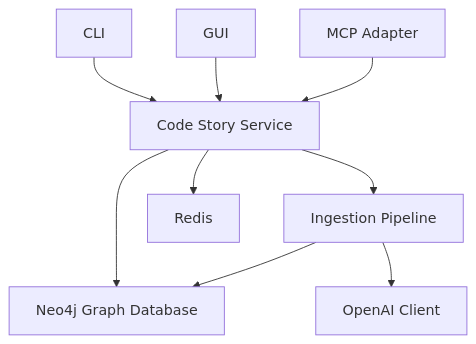
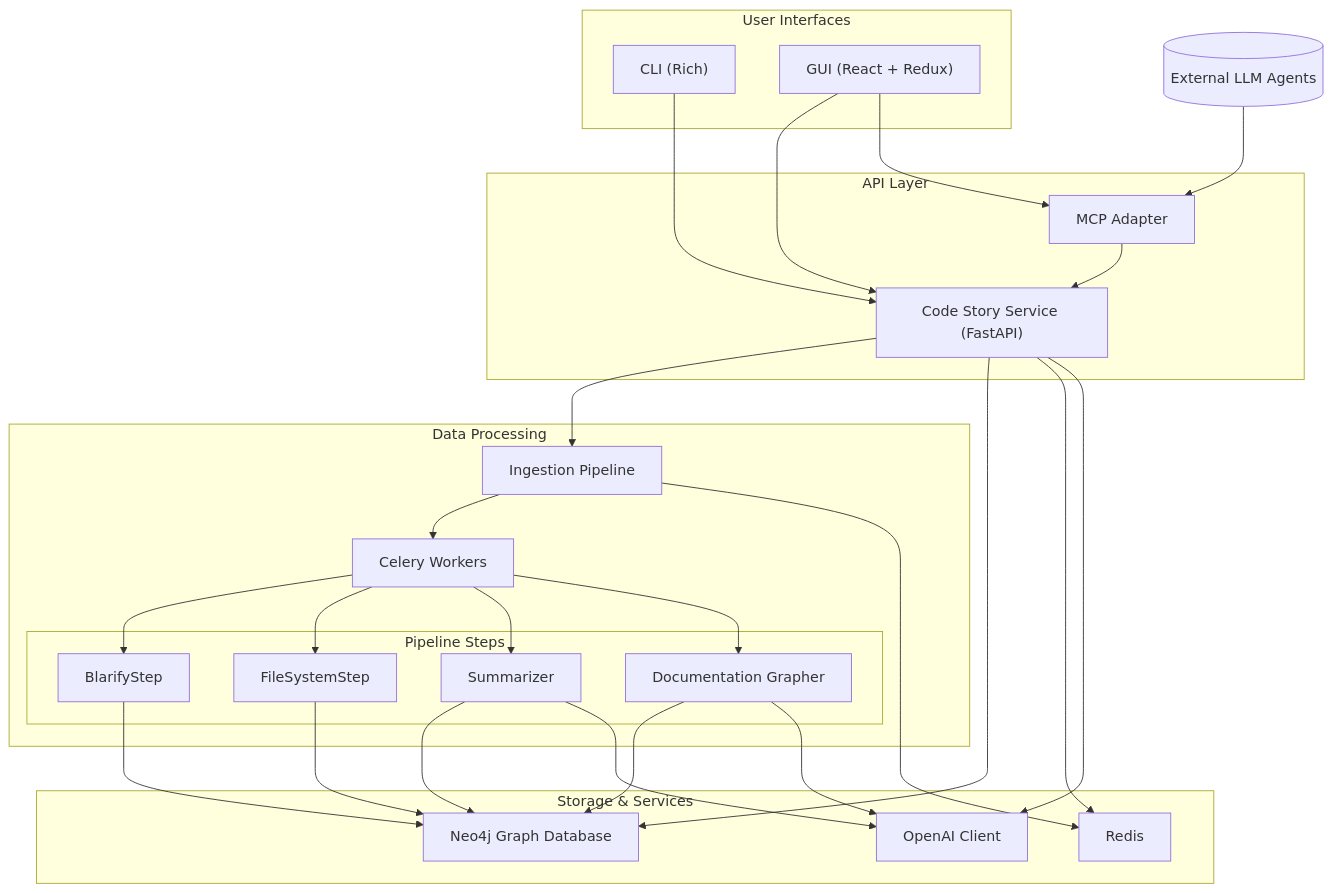
The diagram in README.md (rysweet/code-story), drawn with Mermaid before and after one commit. The commit also changed other lines of this file and 25 other files, not shown here.

````diff
--- a/README.md
+++ b/README.md
@@ -102,11 +64,45 @@
 ```mermaid
 graph TD
-    CLI[CLI] --> CS[Code Story Service]
-    GUI[GUI] --> CS
-    MCP[MCP Adapter] --> CS
-    CS --> IP[Ingestion Pipeline]
-    CS --> NEO4J[Neo4j Graph Database]
-    IP --> NEO4J
-    CS --> REDIS[Redis]
-    IP --> AI[OpenAI Client]
+    subgraph "User Interfaces"
+        CLI["CLI (Rich)"]
+        GUI["GUI (React + Redux)"]
+    end
+
+    subgraph "API Layer"
+        CS["Code Story Service (FastAPI)"]
+        MCP["MCP Adapter"]
+    end
+
+    subgraph "Data Processing"
+        IP["Ingestion Pipeline"]
+        CELERY["Celery Workers"]
+        subgraph "Pipeline Steps"
+            BS["BlarifyStep"]
+            FS["FileSystemStep"]
+            SS["Summarizer"]
+            DG["Documentation Grapher"]
+        end
+    end
+
+    subgraph "Storage & Services"
+        NEO4J["Neo4j Graph Database"]
+        REDIS["Redis"]
+        OAI["OpenAI Client"]
+    end
+
+    CLI --> CS
+    GUI --> CS
+    GUI --> MCP
+    MCP --> CS
+    CS --> IP
+    IP --> CELERY
+    CELERY --> BS & FS & SS & DG
+    BS & FS & SS & DG --> NEO4J
+    CS --> NEO4J
+    IP --> REDIS
+    CS --> REDIS
+    SS --> OAI
+    DG --> OAI
+    CS --> OAI
+    AGENT[("External LLM Agents")] --> MCP
 ```
````
